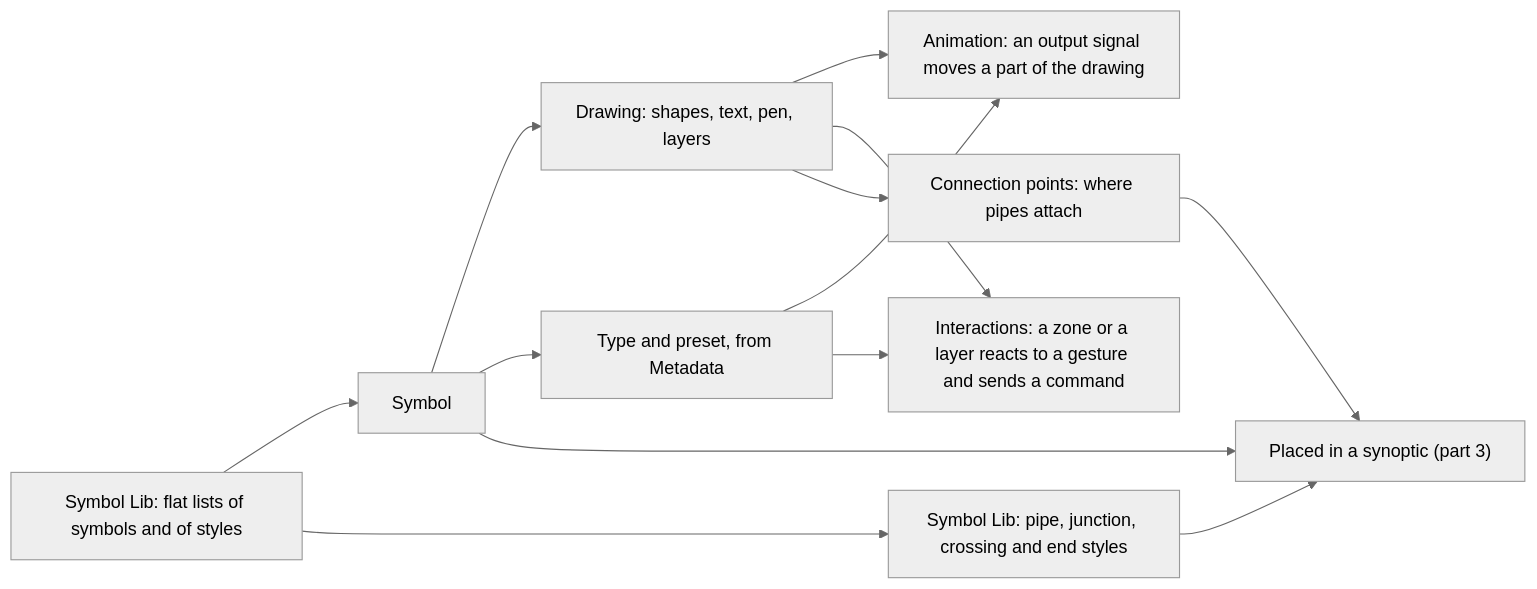
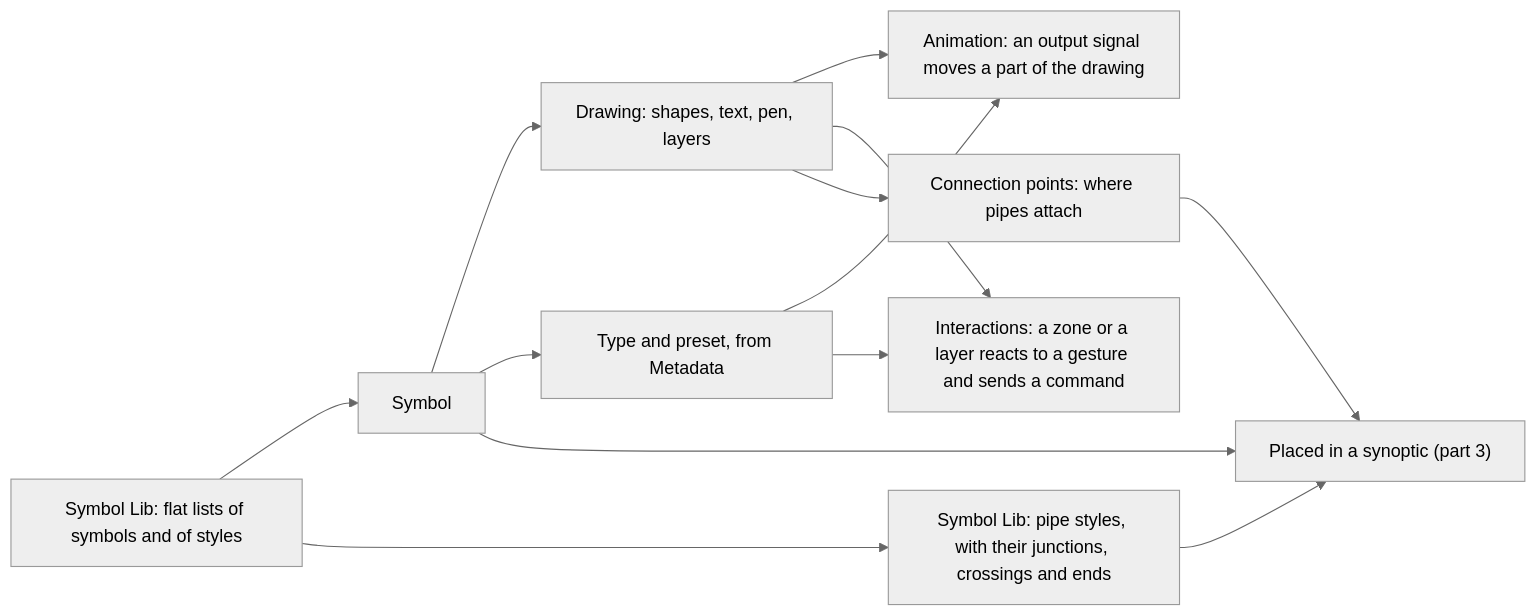
The diagram in symbols/README.md (AlexandreGallais/synoptic-studio-spec), drawn with Mermaid (neutral theme) before and after one commit. The commit also changed other lines of this file and 9 other files, not shown here.

First line of the commit message:
docs(symbols): keep junctions, crossings and ends inside the pipe style

````diff
--- a/symbols/README.md
+++ b/symbols/README.md
@@ -13,15 +13,15 @@
 ```mermaid
 flowchart LR
     L["Symbol Lib: flat lists of symbols and of styles"] --> S["Symbol"]
     L --> L2
     S --> D["Drawing: shapes, text, pen, layers"]
     S --> T["Type and preset, from Metadata"]
     D --> A["Animation: an output signal moves a part of the drawing"]
     D --> I["Interactions: a zone or a layer reacts to a gesture and sends a command"]
     T --> A
     T --> I
     S --> Y["Placed in a synoptic (part 3)"]
     D --> K["Connection points: where pipes attach"]
-    L2["Symbol Lib: pipe, junction, crossing and end styles"] --> Y
+    L2["Symbol Lib: pipe styles, with their junctions, crossings and ends"] --> Y
     K --> Y
 ```
````
